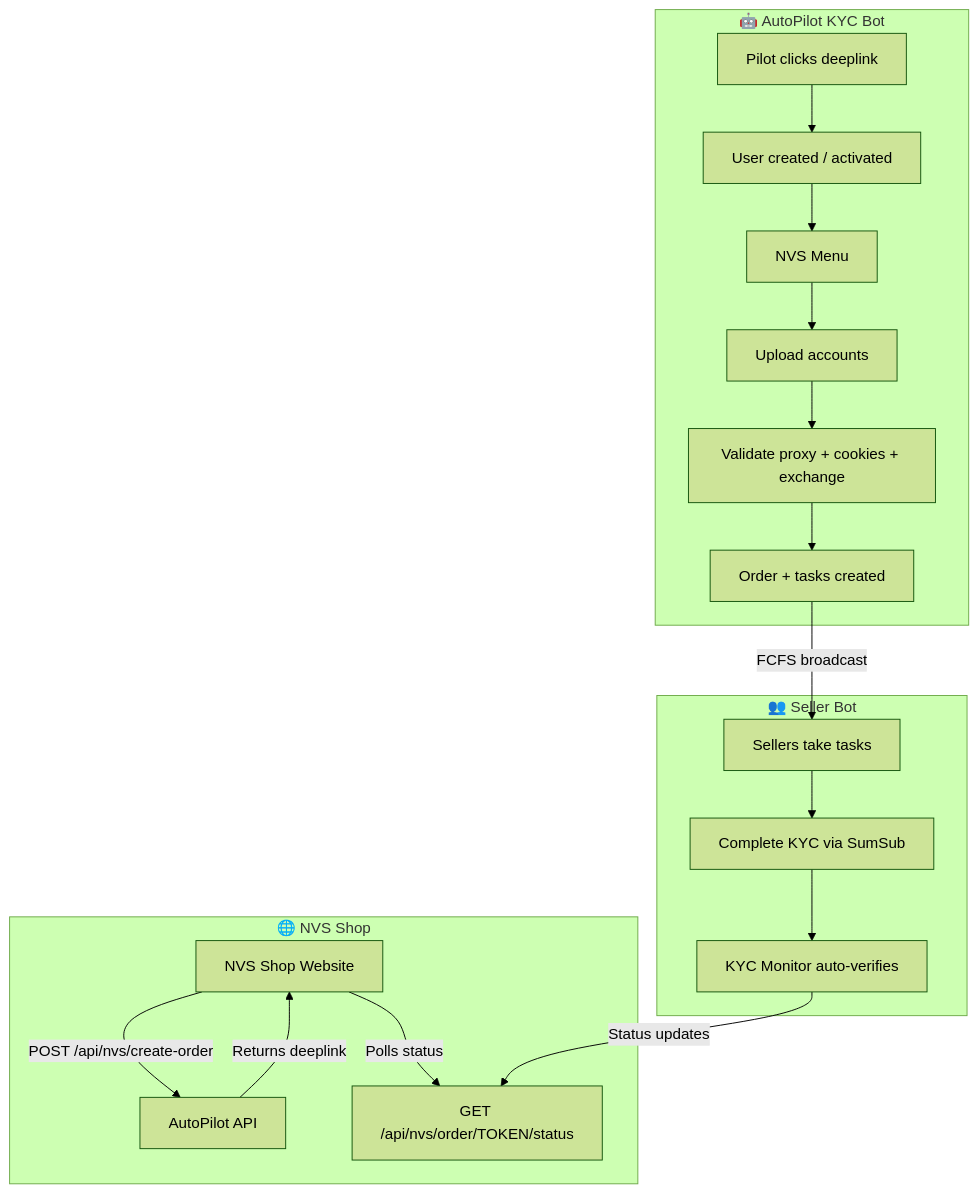
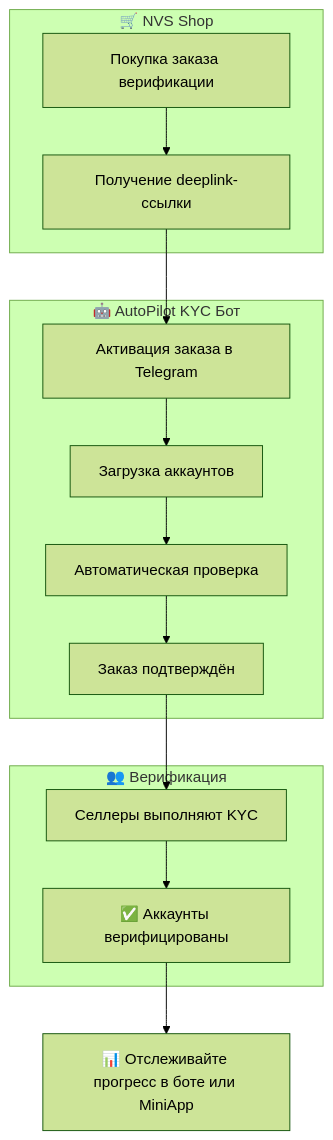
Before and after one commit to AutoPilotSoftware/docs: the first of 8 diagrams in src/content/docs/pilot-faq.md, drawn with Mermaid (forest theme). The commit also changed other lines of this file and 2 other files, not shown here.

First line of the commit message:
Simplify and localize all pilot-faq diagrams across RU/EN/UA

````diff
--- a/src/content/docs/pilot-faq.md
+++ b/src/content/docs/pilot-faq.md
@@ -74,24 +74,20 @@
 ```mermaid
 flowchart TD
-    subgraph External["🌐 NVS Shop"]
-        NS[NVS Shop Website] -->|"POST /api/nvs/create-order"| API[AutoPilot API]
-        API -->|"Returns deeplink"| NS
-        NS -->|"Polls status"| POLL["GET /api/nvs/order/TOKEN/status"]
+    subgraph Shop["🛒 NVS Shop"]
+        NS["Покупка заказа верификации"] --> DL["Получение deeplink-ссылки"]
     end
 
-    subgraph Bot["🤖 AutoPilot KYC Bot"]
-        DL["Pilot clicks deeplink"] --> USR["User created / activated"]
-        USR --> MENU["NVS Menu"]
-        MENU --> UPLOAD["Upload accounts"]
-        UPLOAD --> VAL["Validate proxy + cookies + exchange"]
-        VAL --> ORD["Order + tasks created"]
+    subgraph Bot["🤖 AutoPilot KYC Бот"]
+        DL --> ACT["Активация заказа в Telegram"]
+        ACT --> UPLOAD["Загрузка аккаунтов"]
+        UPLOAD --> VAL["Автоматическая проверка"]
+        VAL --> ORD["Заказ подтверждён"]
     end
 
-    subgraph Sellers["👥 Seller Bot"]
-        ORD -->|"FCFS broadcast"| SEL["Sellers take tasks"]
-        SEL --> WORK["Complete KYC via SumSub"]
-        WORK --> MON["KYC Monitor auto-verifies"]
+    subgraph Work["👥 Верификация"]
+        ORD --> SEL["Селлеры выполняют KYC"]
+        SEL --> DONE["✅ Аккаунты верифицированы"]
     end
 
-    MON -->|"Status updates"| POLL
+    DONE --> TRACK["📊 Отслеживайте прогресс в боте или MiniApp"]
 ```
````
